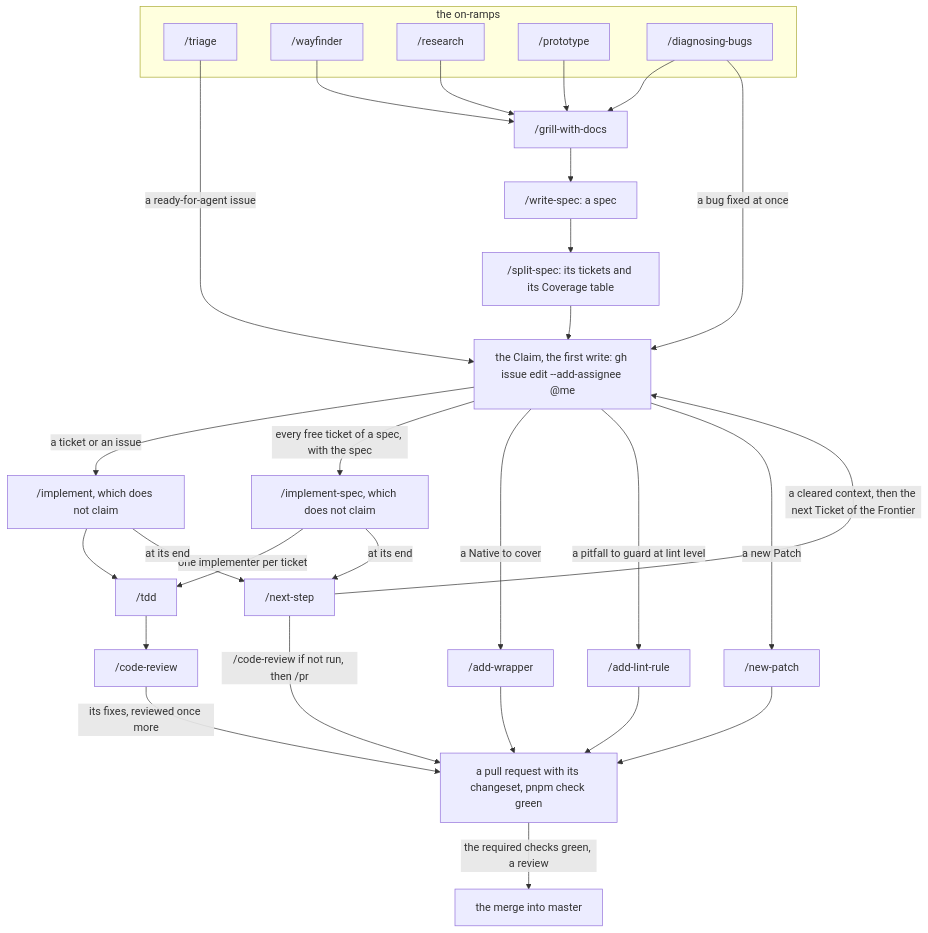
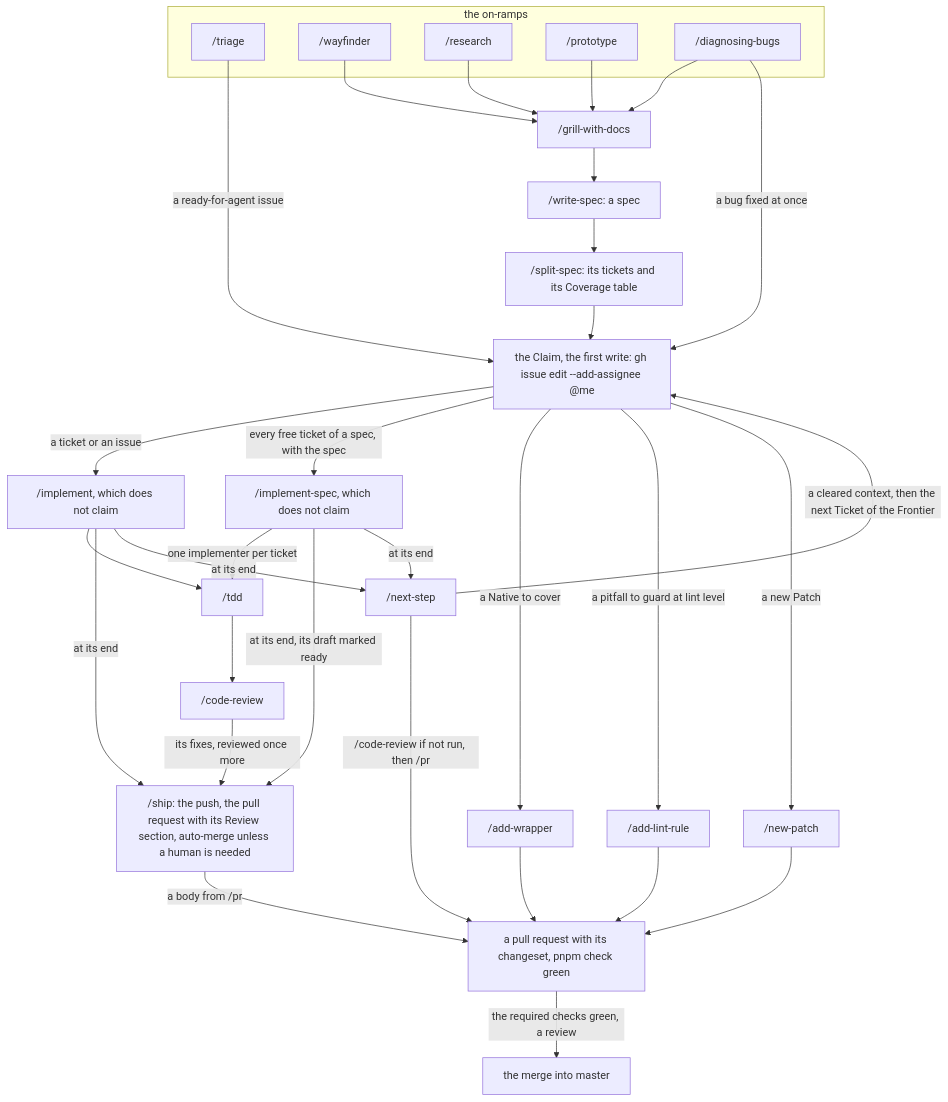
One commit to phmilk/reforged-ts changed the diagram in docs/agents/development-loop.md. Above: the diagram before and after it, drawn with Mermaid. The commit also changed other lines of this file and 6 other files, not shown here.

First line of the commit message:
feat(skills): ship opens an implement's pull request, with its Review section and auto-merge unless a human is needed (#805) (#823)

````diff
--- a/docs/agents/development-loop.md
+++ b/docs/agents/development-loop.md
@@ -77,53 +77,57 @@
 ```mermaid
 flowchart TD
   %% diagram: development-loop
   %% covers: skills
   subgraph on_ramps["the on-ramps"]
     triage["/triage"]
     wayfinder["/wayfinder"]
     research["/research"]
     prototype["/prototype"]
     diagnosing_bugs["/diagnosing-bugs"]
   end
   grill_with_docs["/grill-with-docs"]
   write_spec["/write-spec: a spec"]
   split_spec["/split-spec: its tickets and its Coverage table"]
   claim["the Claim, the first write: gh issue edit --add-assignee @me"]
   implement["/implement, which does not claim"]
   implement_spec["/implement-spec, which does not claim"]
   tdd["/tdd"]
   code_review["/code-review"]
   next_step["/next-step"]
+  ship["/ship: the push, the pull request with its Review section, auto-merge unless a human is needed"]
   add_wrapper["/add-wrapper"]
   add_lint_rule["/add-lint-rule"]
   new_patch["/new-patch"]
   pull_request["a pull request with its changeset, pnpm check green"]
   merge["the merge into master"]
 
   wayfinder --> grill_with_docs
   research --> grill_with_docs
   prototype --> grill_with_docs
   diagnosing_bugs --> grill_with_docs
   triage -->|"a ready-for-agent issue"| claim
   diagnosing_bugs -->|"a bug fixed at once"| claim
   grill_with_docs --> write_spec
   write_spec --> split_spec
   split_spec --> claim
   claim -->|"a ticket or an issue"| implement
   claim -->|"every free ticket of a spec, with the spec"| implement_spec
   claim -->|"a Native to cover"| add_wrapper
   claim -->|"a pitfall to guard at lint level"| add_lint_rule
   claim -->|"a new Patch"| new_patch
   implement --> tdd
   implement_spec -->|"one implementer per ticket"| tdd
   tdd --> code_review
-  code_review -->|"its fixes, reviewed once more"| pull_request
+  code_review -->|"its fixes, reviewed once more"| ship
+  implement -->|"at its end"| ship
+  implement_spec -->|"at its end, its draft marked ready"| ship
+  ship -->|"a body from /pr"| pull_request
   add_wrapper --> pull_request
   add_lint_rule --> pull_request
   new_patch --> pull_request
   pull_request -->|"the required checks green, a review"| merge
   implement -->|"at its end"| next_step
   implement_spec -->|"at its end"| next_step
   next_step -->|"/code-review if not run, then /pr"| pull_request
   next_step -->|"a cleared context, then the next Ticket of the Frontier"| claim
 ```
````
